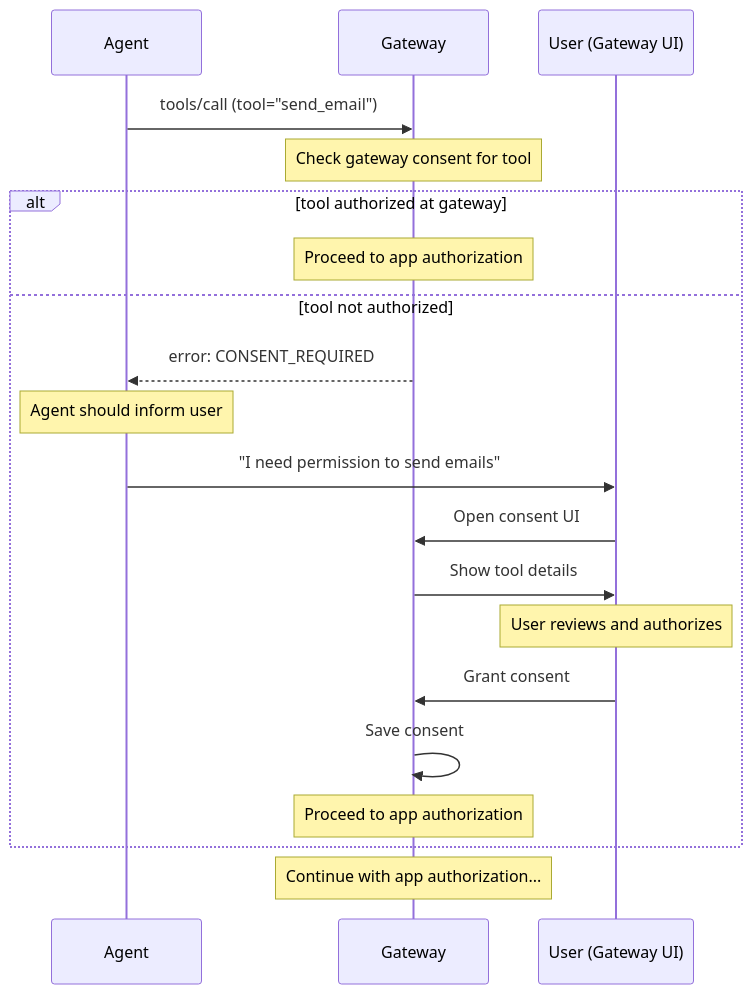
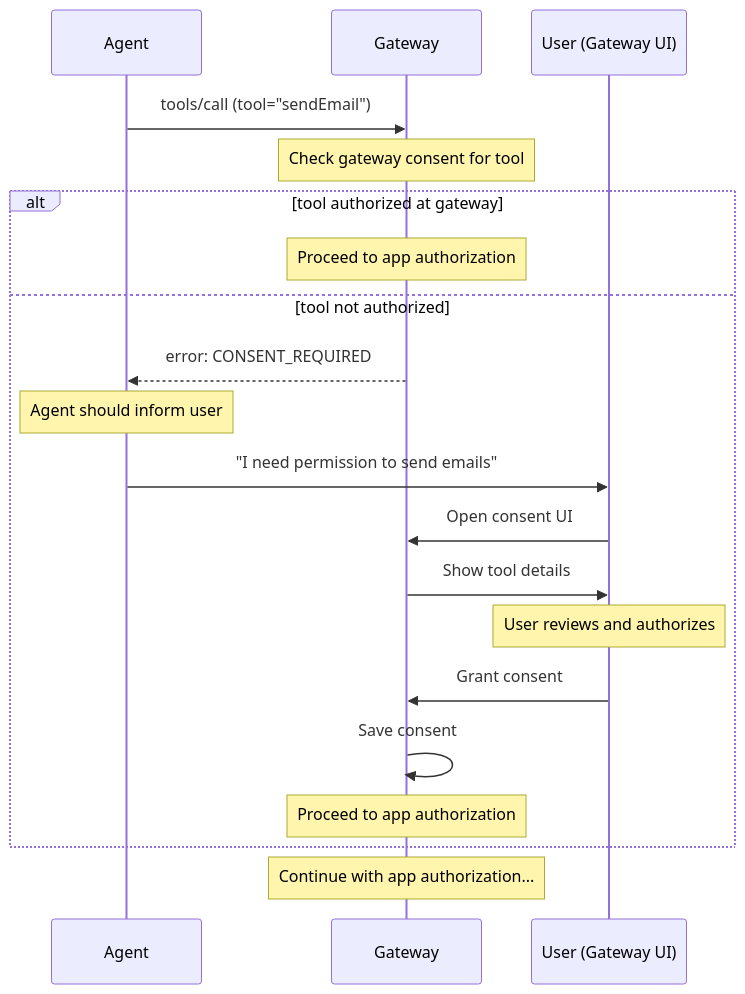
The first of 5 diagrams in spec/security.md (gybob/aai-protocol), drawn with Mermaid before and after one commit. The commit also changed other lines of this file, not shown here.

````diff
--- a/spec/security.md
+++ b/spec/security.md
@@ -41,26 +45,26 @@
 ```mermaid
 sequenceDiagram
     participant A as Agent
     participant G as Gateway
     participant U as User (Gateway UI)
-    
-    A->>G: tools/call (tool="send_email")
-    
+
+    A->>G: tools/call (tool="sendEmail")
+
     Note over G: Check gateway consent for tool
-    
+
     alt tool authorized at gateway
         Note over G: Proceed to app authorization
     else tool not authorized
         G-->>A: error: CONSENT_REQUIRED
         Note over A: Agent should inform user
         A->>U: "I need permission to send emails"
         U->>G: Open consent UI
         G->>U: Show tool details
         Note over U: User reviews and authorizes
         U->>G: Grant consent
         G->>G: Save consent
         Note over G: Proceed to app authorization
     end
-    
+
     Note over G: Continue with app authorization...
 ```
````
